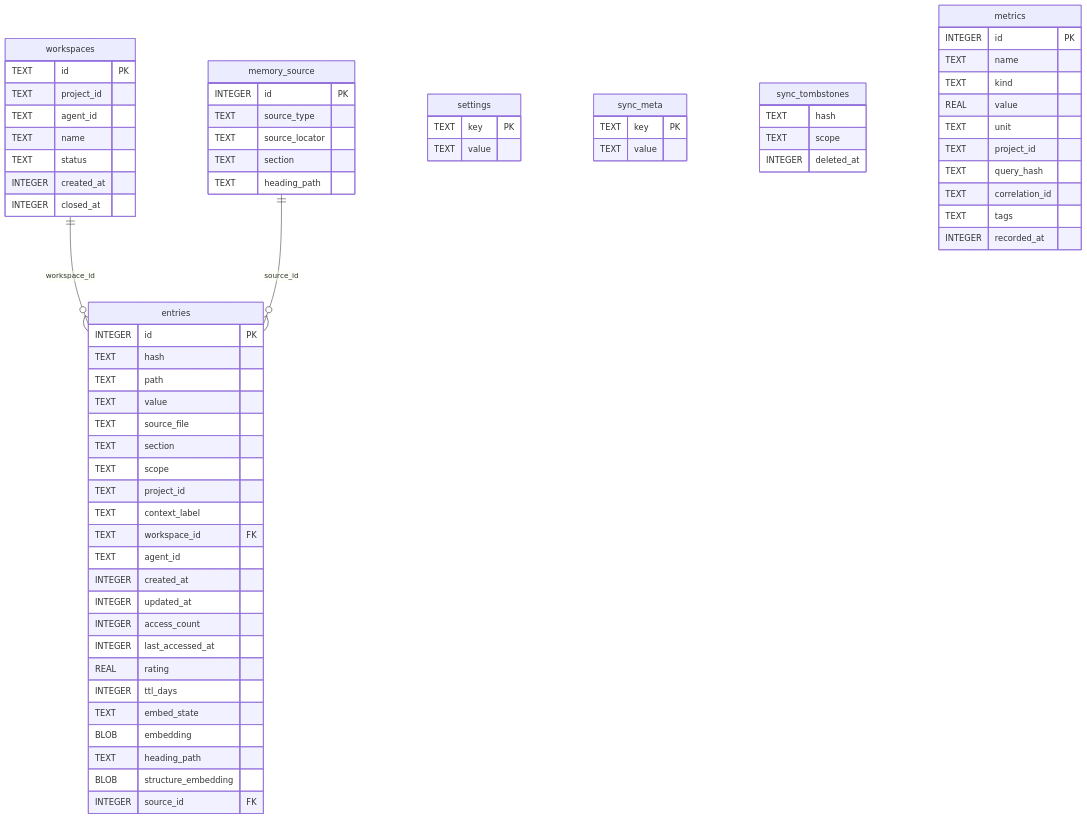
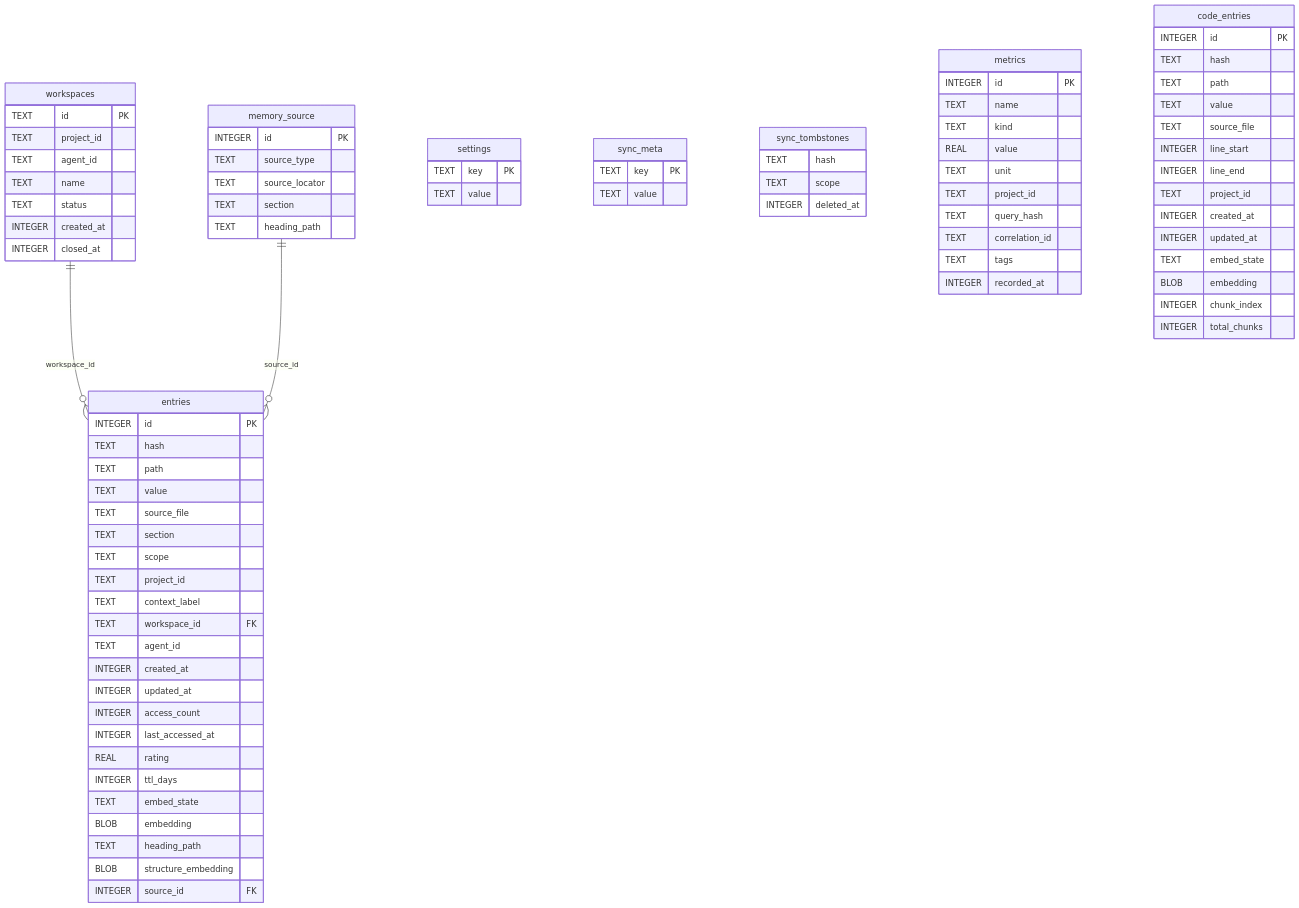
The first of 7 diagrams in docs/explanation/architecture.md (Arasz/ai-raccoon), drawn with Mermaid before and after one commit. The commit also changed other lines of this file and 8 other files, not shown here.

First line of the commit message:
feat(code-corpus): WP1 schema (code_entries/code_fts/vec_code) + golden memory_search capture

````diff
--- a/docs/explanation/architecture.md
+++ b/docs/explanation/architecture.md
@@ -87,6 +87,23 @@
         INTEGER recorded_at
     }
 
+    code_entries {
+        INTEGER id PK
+        TEXT hash
+        TEXT path
+        TEXT value
+        TEXT source_file
+        INTEGER line_start
+        INTEGER line_end
+        TEXT project_id
+        INTEGER created_at
+        INTEGER updated_at
+        TEXT embed_state
+        BLOB embedding
+        INTEGER chunk_index
+        INTEGER total_chunks
+    }
+
     workspaces ||--o{ entries : "workspace_id"
     memory_source ||--o{ entries : "source_id"
 ```
````
